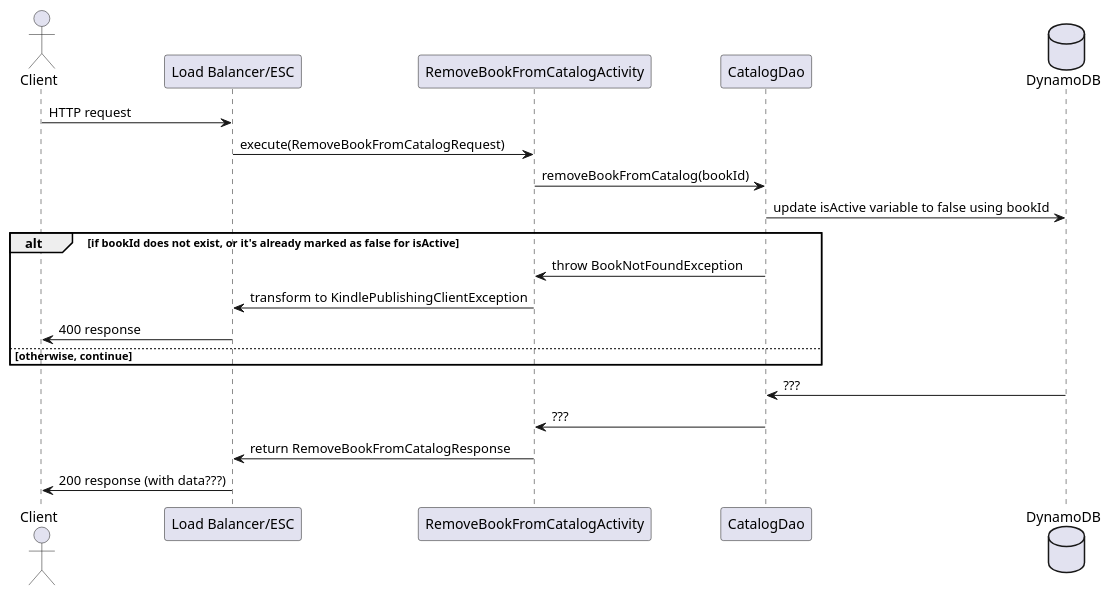
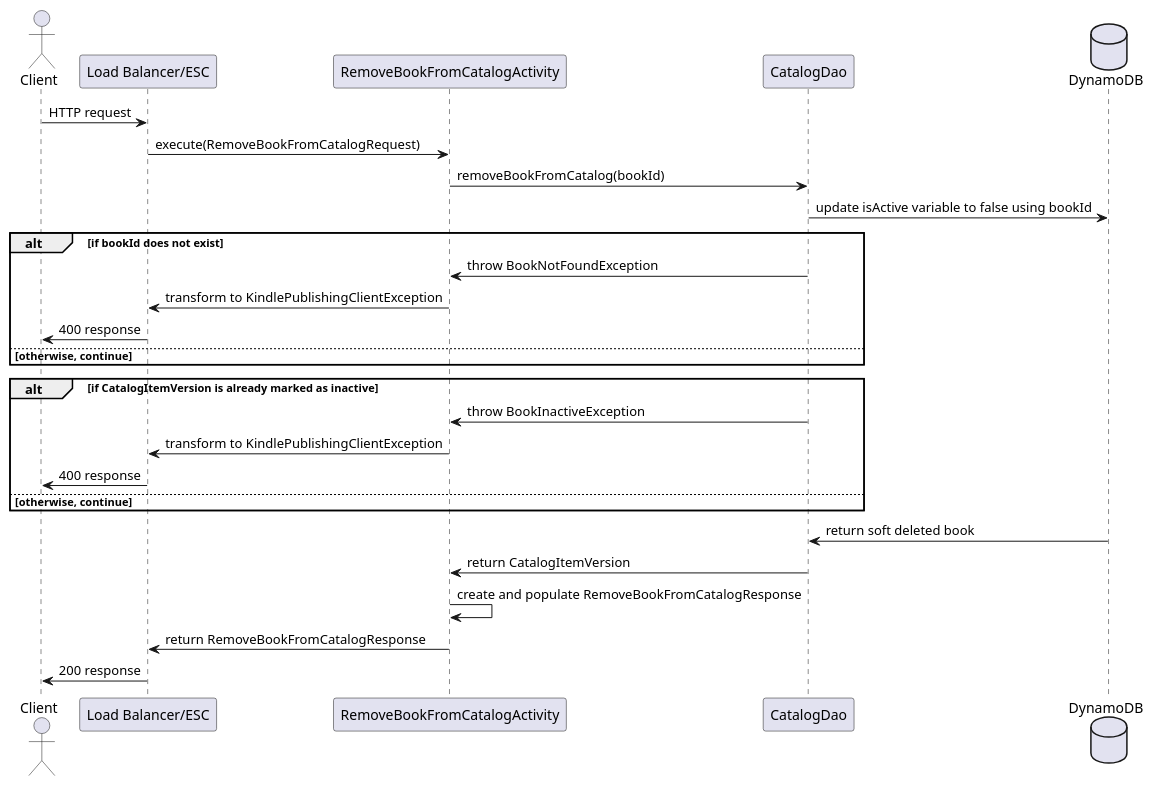
The diagram in src/resources/mastery-task1-remove-book-SD.puml (maddiodie/bd-KindlePublishingService), drawn with PlantUML before and after one commit. The commit also changed 4 other files, not shown here.

Commit message:
finished up fully creating the sequence diagram, it's passing all of it's test ... i also just finished up writing the RemoveBookFromCatalogResponse class

```diff
--- a/src/resources/mastery-task1-remove-book-SD.puml
+++ b/src/resources/mastery-task1-remove-book-SD.puml
@@ -1,27 +1,35 @@
 @startuml
 !pragma layout smetana
 
 actor Client
 participant "Load Balancer/ESC" as ESC
-participant "RemoveBookFromCatalogActivity" as Activity
-participant "CatalogDao" as DAO
+participant RemoveBookFromCatalogActivity
+participant CatalogDao
 database "DynamoDB" as DB
 
 Client -> ESC : HTTP request
-ESC -> Activity : execute(RemoveBookFromCatalogRequest)
-Activity -> DAO : removeBookFromCatalog(bookId)
-DAO -> DB : update isActive variable to false using bookId
+ESC -> RemoveBookFromCatalogActivity : execute(RemoveBookFromCatalogRequest)
+RemoveBookFromCatalogActivity -> CatalogDao : removeBookFromCatalog(bookId)
+CatalogDao -> DB : update isActive variable to false using bookId
 
-alt if bookId does not exist, or it's already marked as false for isActive
-DAO -> Activity : throw BookNotFoundException
-Activity -> ESC : transform to KindlePublishingClientException
+alt if bookId does not exist
+CatalogDao -> RemoveBookFromCatalogActivity : throw BookNotFoundException
+RemoveBookFromCatalogActivity -> ESC : transform to KindlePublishingClientException
 ESC -> Client : 400 response
 else otherwise, continue
 end
 
-DB -> DAO : ???
-DAO -> Activity : ???
-Activity -> ESC : return RemoveBookFromCatalogResponse
-ESC -> Client : 200 response (with data???)
+alt if CatalogItemVersion is already marked as inactive
+CatalogDao -> RemoveBookFromCatalogActivity : throw BookInactiveException
+RemoveBookFromCatalogActivity -> ESC : transform to KindlePublishingClientException
+ESC -> Client : 400 response
+else otherwise, continue
+end
+
+DB -> CatalogDao : return soft deleted book
+CatalogDao -> RemoveBookFromCatalogActivity : return CatalogItemVersion
+RemoveBookFromCatalogActivity -> RemoveBookFromCatalogActivity : create and populate RemoveBookFromCatalogResponse
+RemoveBookFromCatalogActivity -> ESC : return RemoveBookFromCatalogResponse
+ESC -> Client : 200 response
 
 @enduml
```
